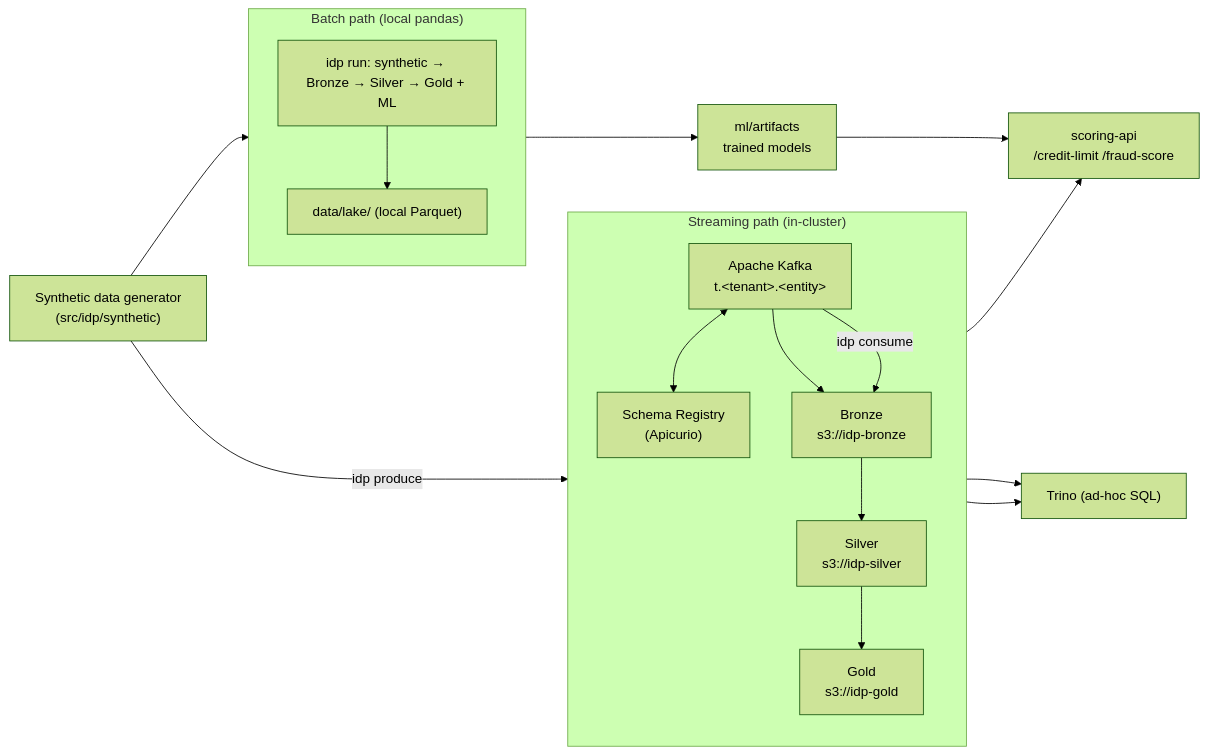
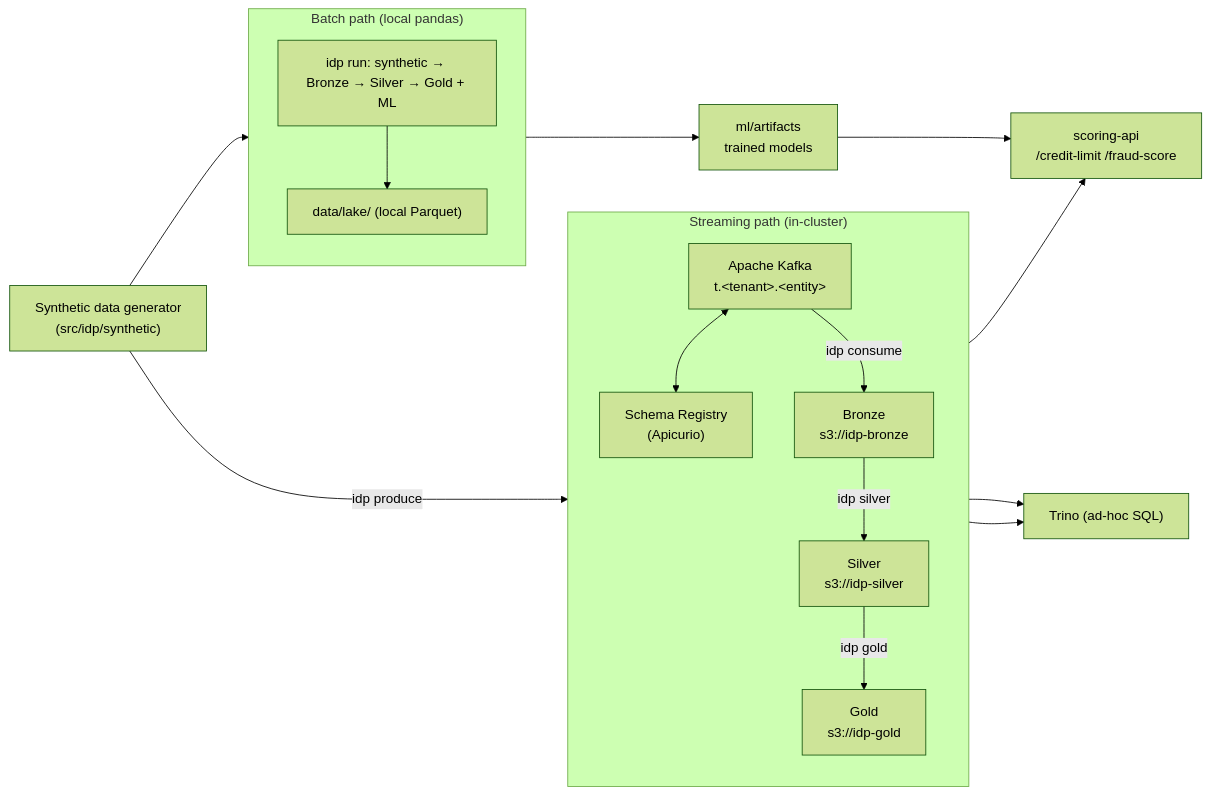
Before and after one commit to vikasagarwal2485/intelligent_data_platform: the first of 2 diagrams in README.md, drawn with Mermaid (forest theme). The commit also changed other lines of this file and 10 other files, not shown here.

First line of the commit message:
refactor: separate medallion stages (consumer=Bronze only; Silver/Gold independent)

````diff
--- a/README.md
+++ b/README.md
@@ -94,32 +96,33 @@
 ```mermaid
 flowchart LR
     SYN["Synthetic data generator<br/>(src/idp/synthetic)"]
 
     subgraph BATCH["Batch path (local pandas)"]
       direction TB
       B_ALL["idp run: synthetic → Bronze → Silver → Gold + ML"]
       B_OUT["data/lake/ (local Parquet)"]
       B_ALL --> B_OUT
     end
 
     subgraph STREAM["Streaming path (in-cluster)"]
       direction TB
       KAFKA["Apache Kafka<br/>t.&lt;tenant&gt;.&lt;entity&gt;"]
       SR["Schema Registry<br/>(Apicurio)"]
       BRONZE["Bronze<br/>s3://idp-bronze"]
       SILVER["Silver<br/>s3://idp-silver"]
       GOLD["Gold<br/>s3://idp-gold"]
       KAFKA <--> SR
-      KAFKA --> BRONZE --> SILVER --> GOLD
+      KAFKA -->|idp consume| BRONZE
+      BRONZE -->|idp silver| SILVER
+      SILVER -->|idp gold| GOLD
     end
 
     SYN --> B_ALL
     SYN -->|idp produce| KAFKA
-    KAFKA -->|idp consume| BRONZE
 
     GOLD --> API["scoring-api<br/>/credit-limit /fraud-score"]
     B_OUT --> MODELS["ml/artifacts<br/>trained models"]
     MODELS --> API
     SILVER --> TRINO["Trino (ad-hoc SQL)"]
     GOLD --> TRINO
 ```
````
